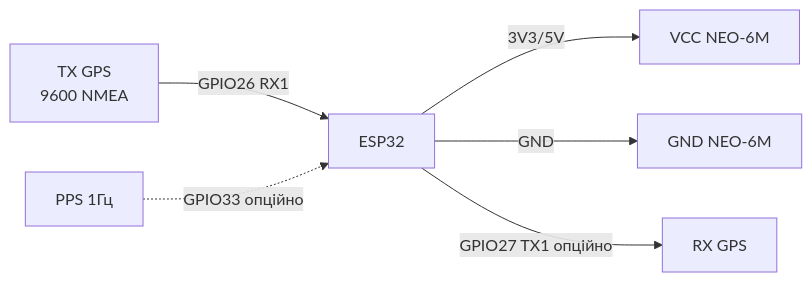
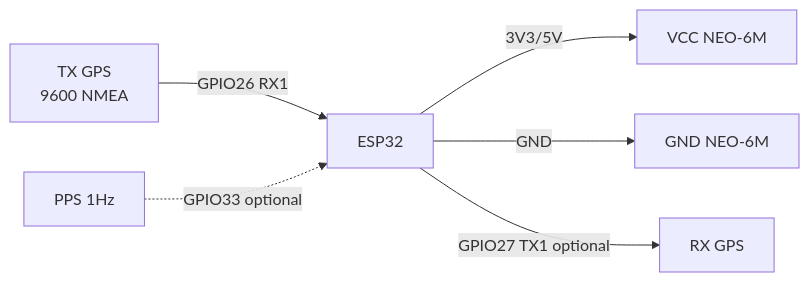
The second of 5 diagrams in obsidian_vault/ESP32-Reference/EN/12-Comm-Modules/03-SIM800L-GPS.en.md (ksalab/embedded-reference), drawn with Mermaid before and after one commit. The commit also changed other lines of this file and 76 other files, not shown here.

````diff
--- a/obsidian_vault/ESP32-Reference/EN/12-Comm-Modules/03-SIM800L-GPS.en.md
+++ b/obsidian_vault/ESP32-Reference/EN/12-Comm-Modules/03-SIM800L-GPS.en.md
@@ -187,8 +187,8 @@
 ```mermaid
 graph LR
     ESP32[ESP32] -->|3V3/5V| VCC[VCC NEO-6M]
     ESP32 -->|GND| GNDM[GND NEO-6M]
     TX[TX GPS<br/>9600 NMEA] -->|GPIO26 RX1| ESP32
-    ESP32 -->|GPIO27 TX1 опційно| RX[RX GPS]
-    PPS[PPS 1Гц] -.->|GPIO33 опційно| ESP32
+    ESP32 -->|GPIO27 TX1 optional| RX[RX GPS]
+    PPS[PPS 1Hz] -.->|GPIO33 optional| ESP32
 ```
````
